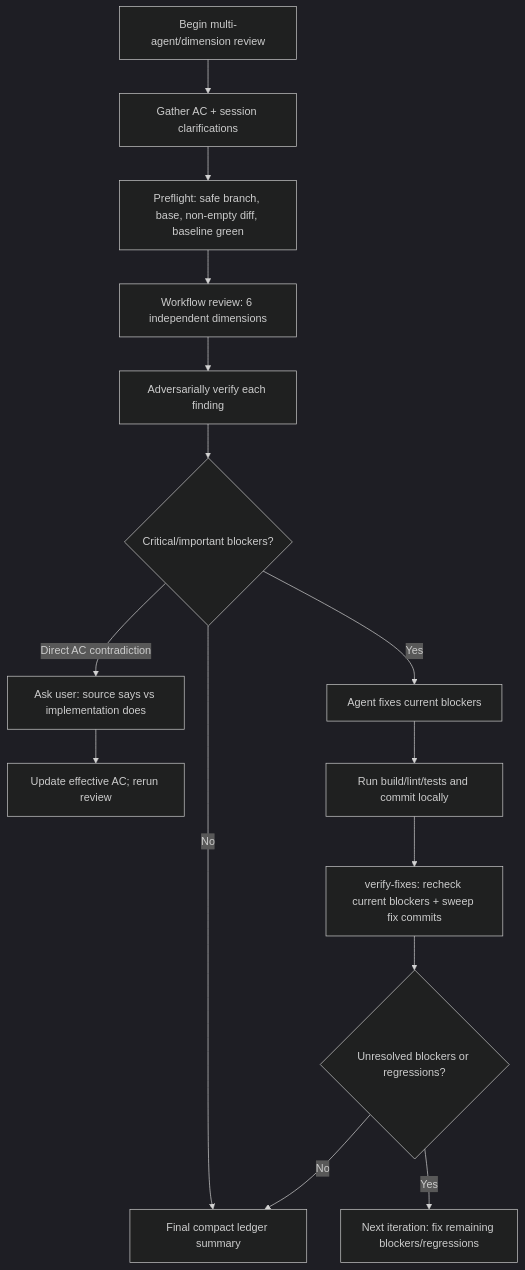
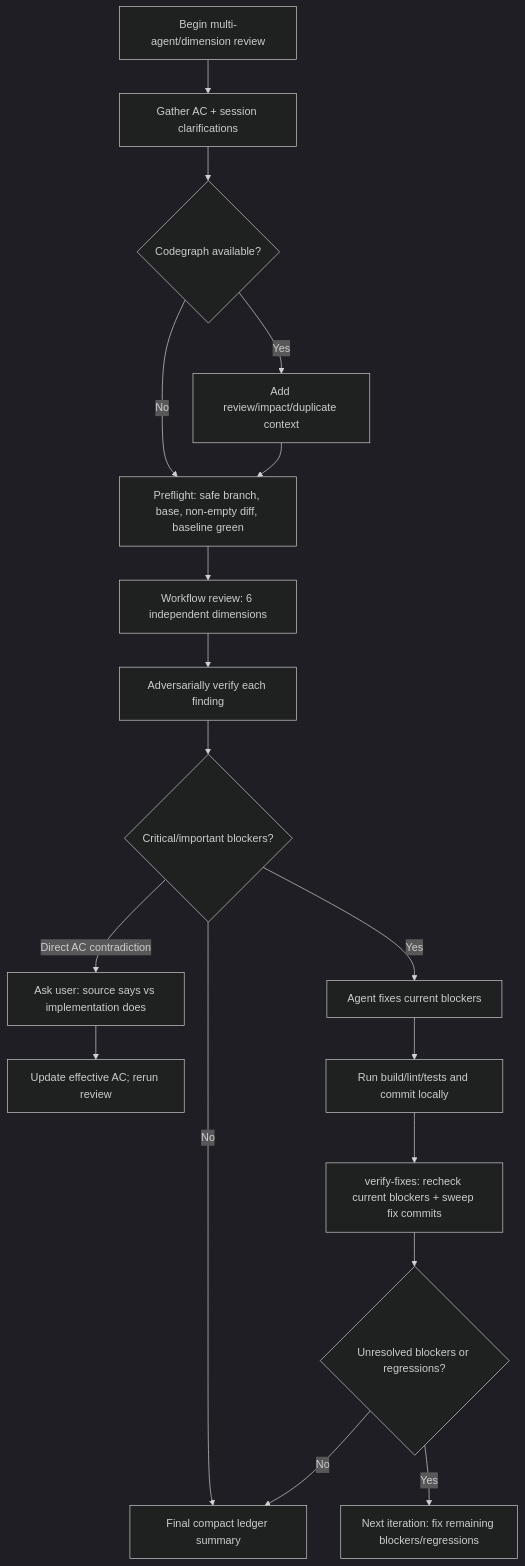
One commit to lzehrung/review-until-clean-odw changed the diagram in README.md. Above: the diagram before and after it, drawn with Mermaid (dark theme). The commit also changed other lines of this file and 2 other files, not shown here.

Commit message:
Add optional Codegraph review context

````diff
--- a/README.md
+++ b/README.md
@@ -47,17 +61,20 @@
 ```mermaid
 flowchart TB
   S[Begin multi-agent/dimension review] --> A[Gather AC + session clarifications]
-  A --> B[Preflight: safe branch, base, non-empty diff, baseline green]
+  A --> CG{Codegraph available?}
+  CG -- Yes --> CG2[Add review/impact/duplicate context]
+  CG -- No --> B[Preflight: safe branch, base, non-empty diff, baseline green]
+  CG2 --> B
   B --> C[Workflow review: 6 independent dimensions]
   C --> D[Adversarially verify each finding]
   D --> E{Critical/important blockers?}
   E -- No --> Z[Final compact ledger summary]
   E -- Direct AC contradiction --> H[Ask user: source says vs implementation does]
   H --> H2[Update effective AC; rerun review]
   E -- Yes --> F[Agent fixes current blockers]
   F --> G[Run build/lint/tests and commit locally]
   G --> I[verify-fixes: recheck current blockers + sweep fix commits]
   I --> J{Unresolved blockers or regressions?}
   J -- Yes --> K[Next iteration: fix remaining blockers/regressions]
   J -- No --> Z
 ```
````
